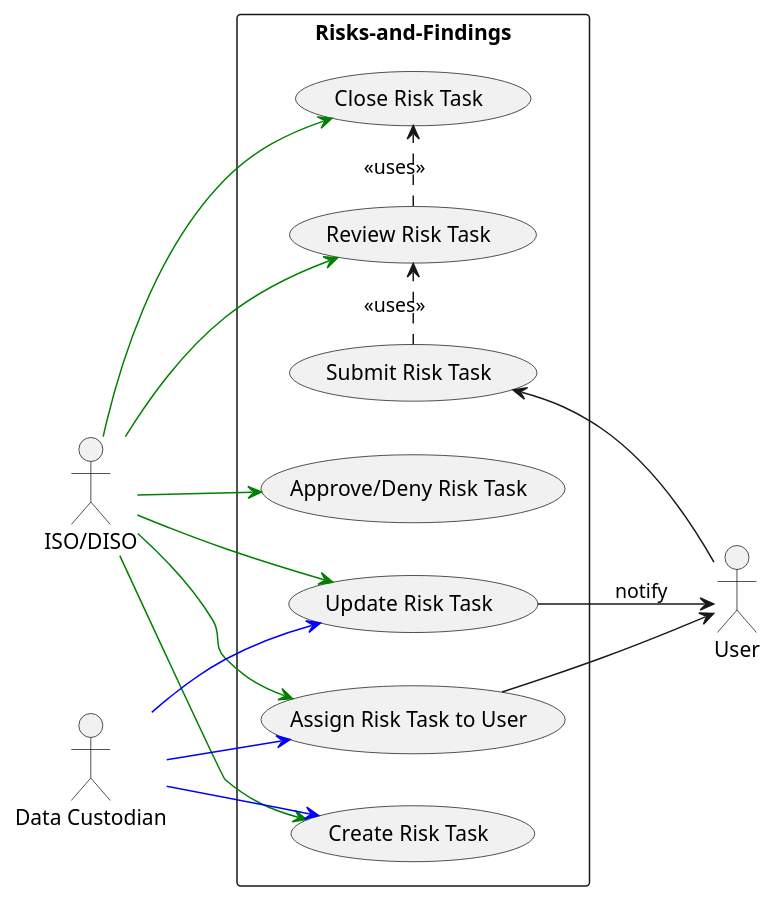
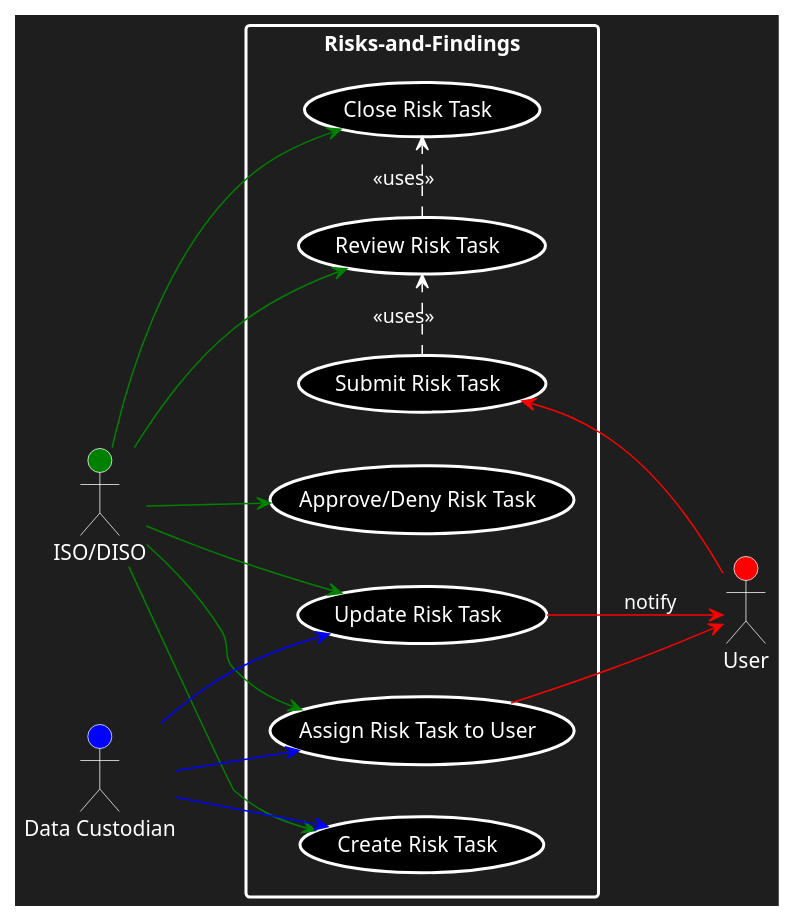
Before and after one commit to COS301-SE-2023/InfoSafe: the diagram in Documentation/Diagrams/Risks-and-Findings.puml, drawn with PlantUML.

Commit message:
Updated Risk and findings usecase diagram

```diff
--- a/Documentation/Diagrams/Risks-and-Findings.puml
+++ b/Documentation/Diagrams/Risks-and-Findings.puml
@@ -1,29 +1,30 @@
 @startuml
+skinparam backgroundColor #1e1e1e
 left to right direction
-actor "ISO/DISO" as iso
-actor "Data Custodian" as dc
-actor "User" as user
-rectangle Risks-and-Findings{
-usecase "Create Risk Task" as UC1
-usecase "Update Risk Task" as UC2
-usecase "Approve/Deny Risk Task" as UC3
-usecase "Review Risk Task" as UC4
-usecase "Close Risk Task" as UC5
-usecase "Assign Risk Task to User" as UC6
-usecase "Submit Risk Task" as UC7
+actor "ISO/DISO" as iso #green;text:white;line:white
+actor "Data Custodian" as dc #blue;text:white;line:white
+actor "User" as user #red;text:white;line:white
+rectangle Risks-and-Findings #text:white;line.bold;line:white {
+usecase "Create Risk Task" as UC1 #black;text:white;line.bold;line:white
+usecase "Update Risk Task" as UC2 #black;text:white;line.bold;line:white
+usecase "Approve/Deny Risk Task" as UC3 #black;text:white;line.bold;line:white
+usecase "Review Risk Task" as UC4 #black;text:white;line.bold;line:white
+usecase "Close Risk Task" as UC5 #black;text:white;line.bold;line:white
+usecase "Assign Risk Task to User" as UC6 #black;text:white;line.bold;line:white
+usecase "Submit Risk Task" as UC7 #black;text:white;line.bold;line:white
 }
-UC4 .> UC5 : <<uses>>
+UC4 .> (UC5) #line:white;text:white : <<uses>>
 iso -[#green]-> UC1
 dc -[#blue]-> UC1
 iso -[#green]-> UC6
-UC6 ---> user
+UC6 -[#red]-> user
 iso -[#green]-> UC2
 dc -[#blue]-> UC2
 iso -[#green]-> UC3
 iso -[#green]-> UC4
 iso -[#green]-> UC5
-UC2 --> user : notify
-user --> UC7
+UC2 -[#red]-> user #text:white : notify
+user -[#red]-> UC7
 dc -[#blue]-> UC6
-UC7 .> UC4 : <<uses>>
+UC7 .> (UC4) #line:white;text:white : <<uses>>
 @enduml
```
